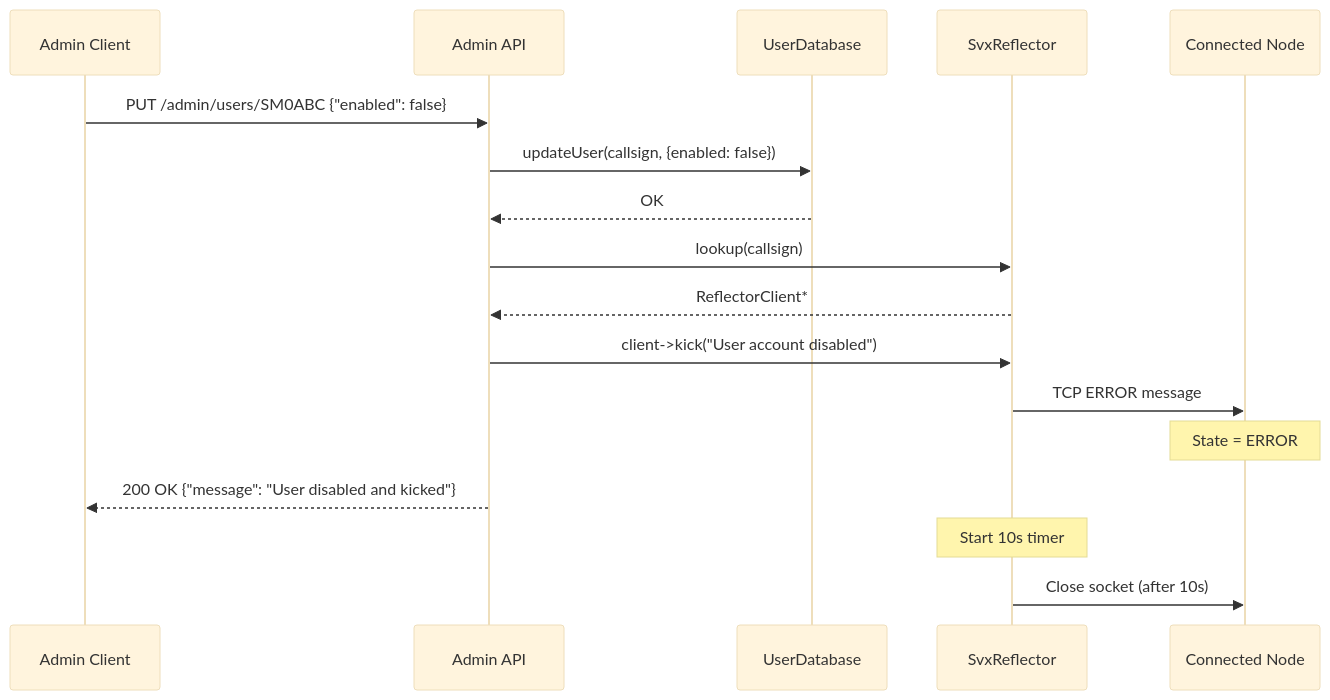
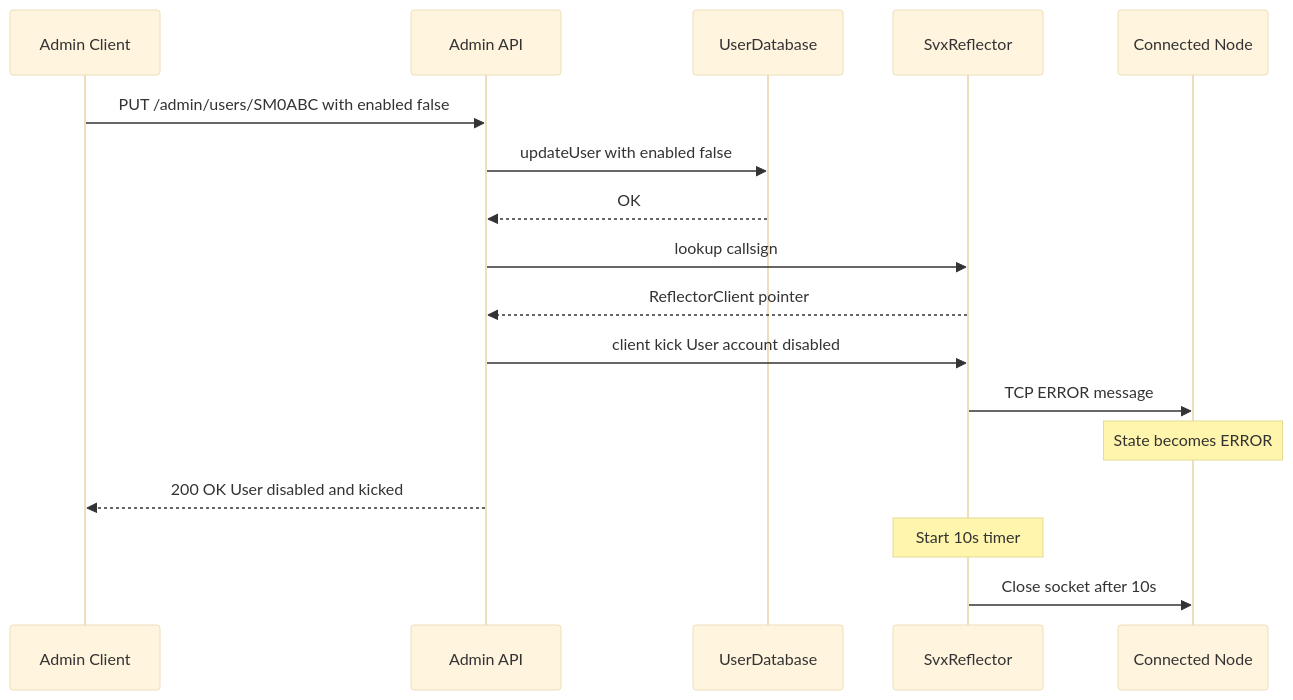
Before and after one commit to chakphanu/svxlink: the fourth of 11 diagrams in docs/SvxReflector_Admin_API_Reference.md, drawn with Mermaid (base theme). The commit also changed other lines of this file, not shown here.

First line of the commit message:
Fix Mermaid diagram syntax in API docs

````diff
--- a/docs/SvxReflector_Admin_API_Reference.md
+++ b/docs/SvxReflector_Admin_API_Reference.md
@@ -811,20 +811,20 @@
 ```mermaid
 sequenceDiagram
     participant Admin as Admin Client
     participant API as Admin API
     participant DB as UserDatabase
     participant Reflector as SvxReflector
     participant Client as Connected Node
 
-    Admin->>API: PUT /admin/users/SM0ABC {"enabled": false}
-    API->>DB: updateUser(callsign, {enabled: false})
+    Admin->>API: PUT /admin/users/SM0ABC with enabled false
+    API->>DB: updateUser with enabled false
     DB-->>API: OK
-    API->>Reflector: lookup(callsign)
-    Reflector-->>API: ReflectorClient*
-    API->>Reflector: client->kick("User account disabled")
+    API->>Reflector: lookup callsign
+    Reflector-->>API: ReflectorClient pointer
+    API->>Reflector: client kick User account disabled
     Reflector->>Client: TCP ERROR message
-    Note over Client: State = ERROR
-    API-->>Admin: 200 OK {"message": "User disabled and kicked"}
+    Note over Client: State becomes ERROR
+    API-->>Admin: 200 OK User disabled and kicked
     Note over Reflector: Start 10s timer
-    Reflector->>Client: Close socket (after 10s)
+    Reflector->>Client: Close socket after 10s
 ```
````
